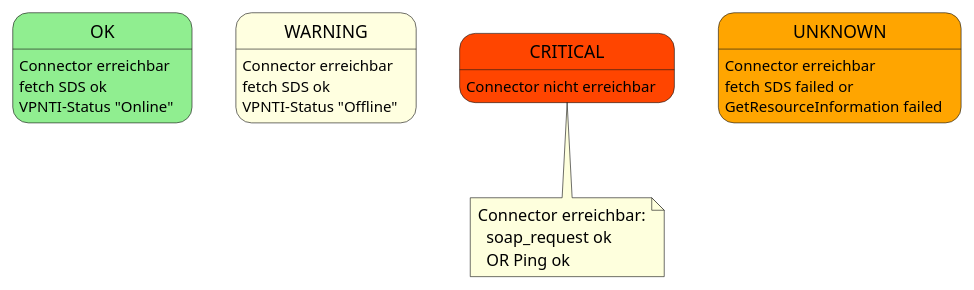
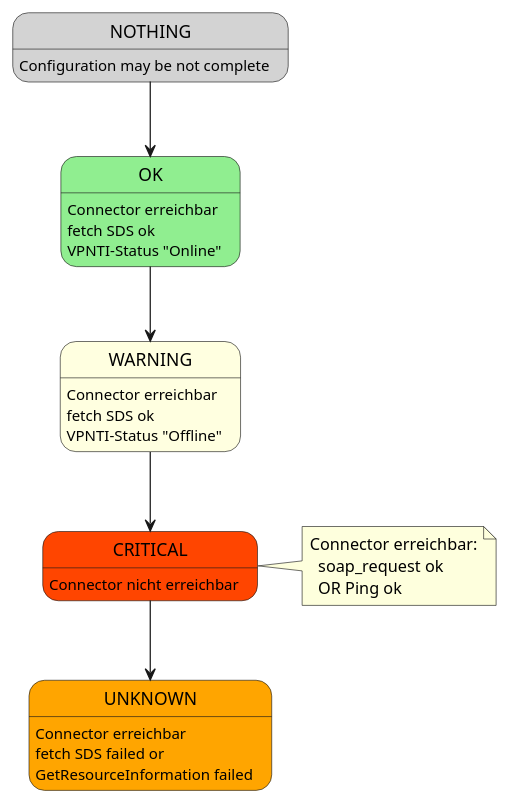
The diagram in docs/devnotes/_images/connector-condition.puml (swobspace/cocard), drawn with PlantUML before and after one commit. The commit also changed 11 other files, not shown here.

```diff
--- a/docs/devnotes/_images/connector-condition.puml
+++ b/docs/devnotes/_images/connector-condition.puml
@@ -1,29 +1,38 @@
 @startuml
 
 state OK #lightgreen
 
 OK: Connector erreichbar
 OK: fetch SDS ok
 OK: VPNTI-Status "Online"
 
 state WARNING #LightYellow
 
 WARNING: Connector erreichbar
 WARNING: fetch SDS ok
 WARNING: VPNTI-Status "Offline"
 
 state CRITICAL #orangered
 
 CRITICAL: Connector nicht erreichbar
 
 state UNKNOWN #Orange
 UNKNOWN: Connector erreichbar
 UNKNOWN: fetch SDS failed or 
 UNKNOWN: GetResourceInformation failed
 
-note bottom of CRITICAL
+state NOTHING #LightGrey
+
+NOTHING: Configuration may be not complete
+
+note right of CRITICAL
 Connector erreichbar:
   soap_request ok
   OR Ping ok
 end note
+
+NOTHING --> OK
+OK --> WARNING
+WARNING --> CRITICAL
+CRITICAL --> UNKNOWN
 @enduml
```
